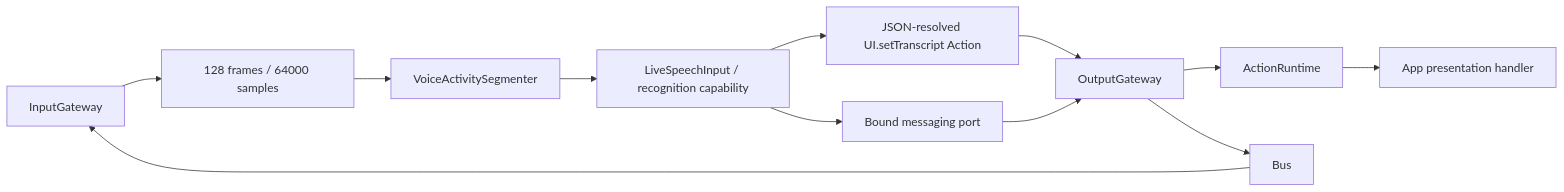
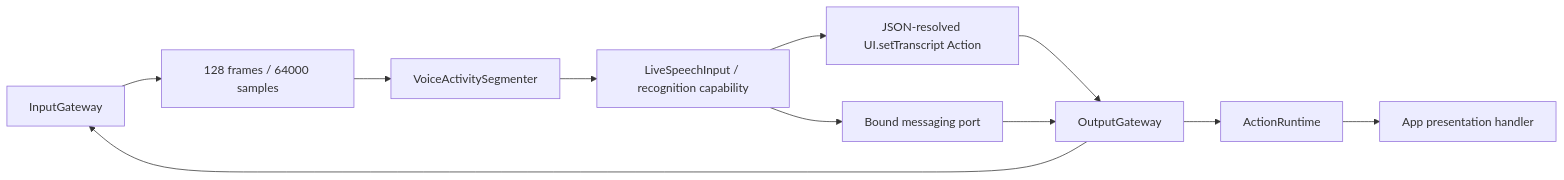
Before and after one commit to devilyouwei/MobileHarness: the first of 2 diagrams in MobileHarness/Agents/SpeechPerception/README.md, drawn with Mermaid. The commit also changed other lines of this file and 40 other files, not shown here.

Commit message:
refactor: replace signal bus with direct gateway admission

````diff
--- a/MobileHarness/Agents/SpeechPerception/README.md
+++ b/MobileHarness/Agents/SpeechPerception/README.md
@@ -5,12 +5,12 @@
 ```mermaid
 flowchart LR
     InputGateway --> Inbox[128 frames / 64000 samples]
     Inbox --> VAD[VoiceActivitySegmenter]
     VAD --> ASR[LiveSpeechInput / recognition capability]
     ASR --> Caption[JSON-resolved UI.setTranscript Action]
     Caption --> OutputGateway
     OutputGateway --> ActionRuntime --> UI[App presentation handler]
     ASR --> Port[Bound messaging port]
     Port --> OutputGateway
-    OutputGateway --> Bus --> InputGateway
+    OutputGateway --> InputGateway
 ```
````
